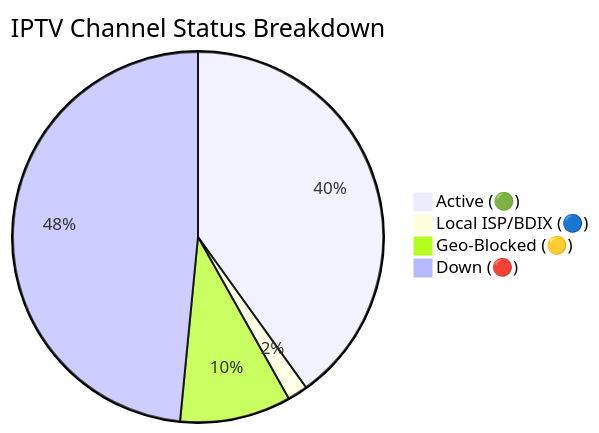
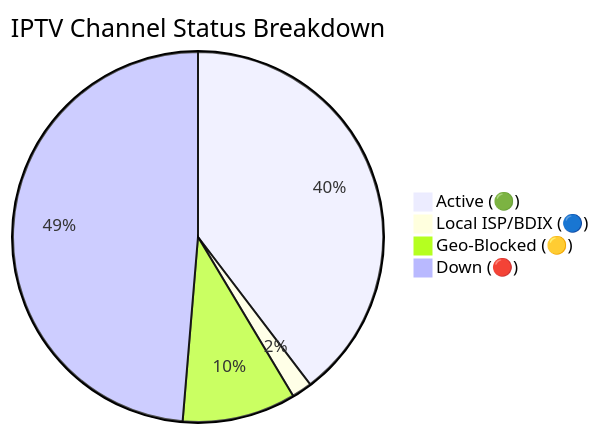
The diagram in README.md (andreataylord/Ip-tv-Collection), drawn with Mermaid before and after one commit. The commit also changed other lines of this file and 1 other file, not shown here.

Commit message:
docs(readme): auto-update daily channel status chart

````diff
--- a/README.md
+++ b/README.md
@@ -59,7 +59,7 @@
 ```mermaid
 pie title IPTV Channel Status Breakdown
-    "Active (🟢)" : 2904
+    "Active (🟢)" : 2872
     "Local ISP/BDIX (🔵)" : 128
-    "Geo-Blocked (🟡)" : 702
-    "Down (🔴)" : 3510
+    "Geo-Blocked (🟡)" : 718
+    "Down (🔴)" : 3526
 ```
````
